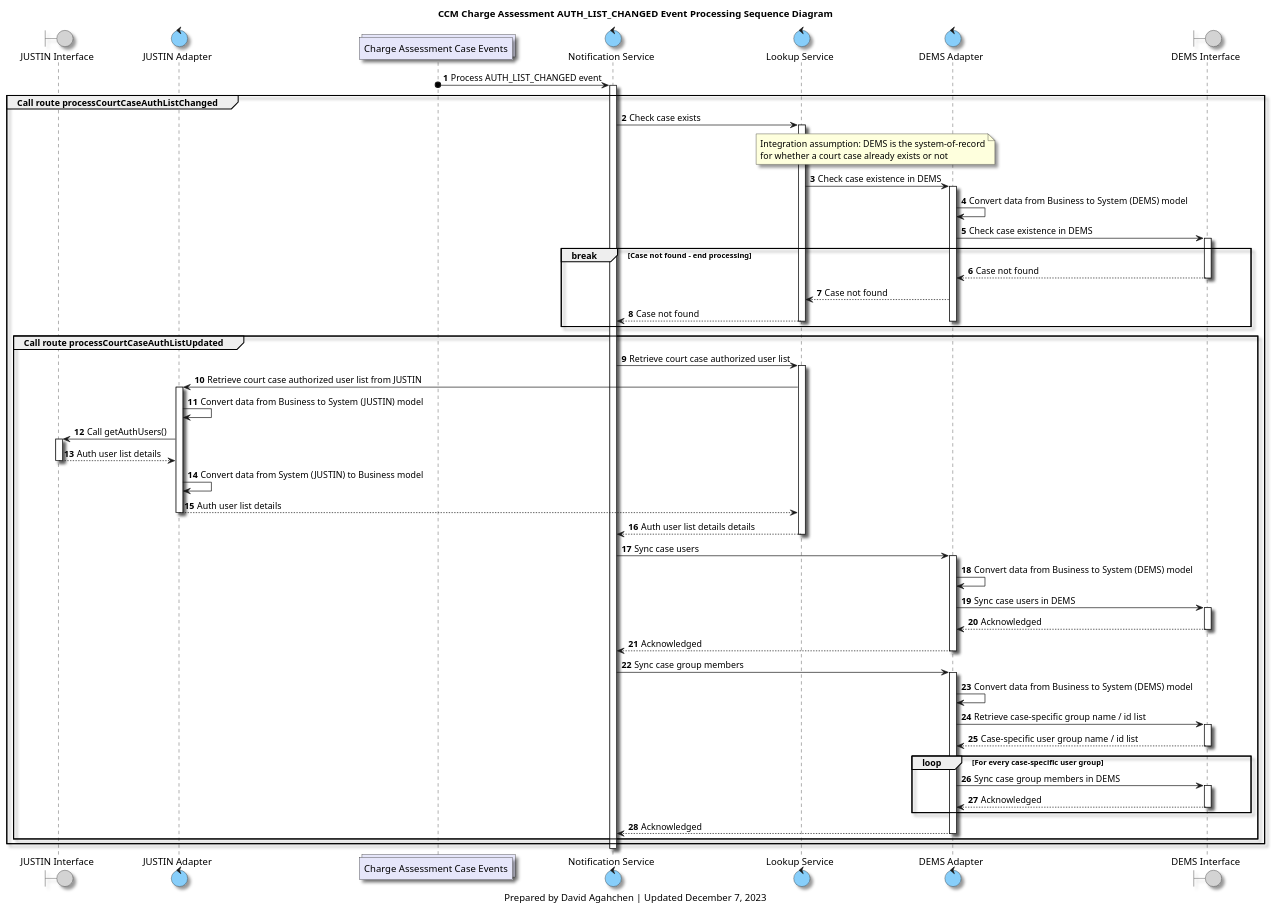
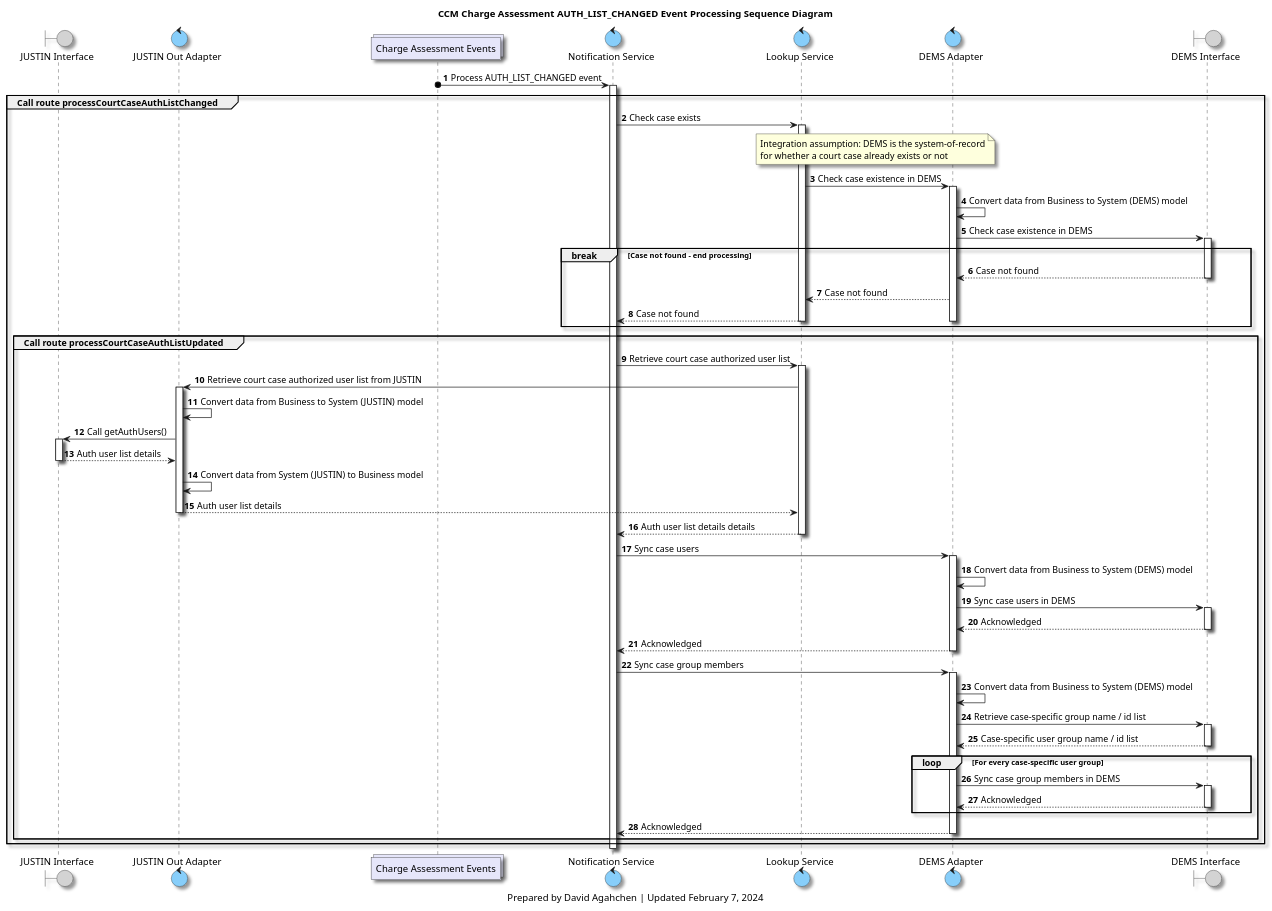
The diagram in diagrams/ccm_charge_assessment_case_auth_list_changed_processing_sequence_diagram.plantuml (bcgov/jpss-jade-ccm), drawn with PlantUML before and after one commit. The commit also changed 21 other files, not shown here.

Commit message:
Update processing sequence diagrams

```diff
--- a/diagrams/ccm_charge_assessment_case_auth_list_changed_processing_sequence_diagram.plantuml
+++ b/diagrams/ccm_charge_assessment_case_auth_list_changed_processing_sequence_diagram.plantuml
@@ -1,106 +1,106 @@
 @startuml
 'hide footbox
 
 skinparam Shadowing true
 skinparam CollectionsBackgroundColor Lavender
 skinparam ControlBackgroundColor LightSkyBlue
 skinparam BoundaryBackgroundColor LightGrey
 
 /' 
 Available colours
 https://plantuml-documentation.readthedocs.io/en/latest/formatting/color-names.html
 '/
 
 boundary j_interface as "JUSTIN Interface"
-control j_adapter as "JUSTIN Adapter"
-collections charge_assessment_cases_topic as "Charge Assessment Case Events"
+control j_adapter as "JUSTIN Out Adapter"
+collections charge_assessments_topic as "Charge Assessment Events"
 control notification_service as "Notification Service"
 control lookup_service as "Lookup Service"
 control d_adapter as "DEMS Adapter"
 boundary d_interface as "DEMS Interface"
 
 title
 CCM Charge Assessment AUTH_LIST_CHANGED Event Processing Sequence Diagram
 end title
 
 autonumber
 
-charge_assessment_cases_topic o-> notification_service : Process AUTH_LIST_CHANGED event
+charge_assessments_topic o-> notification_service : Process AUTH_LIST_CHANGED event
 activate notification_service
 
 group Call route processCourtCaseAuthListChanged
 
     notification_service -> lookup_service: Check case exists
     activate lookup_service
     note over lookup_service, d_adapter
     Integration assumption: DEMS is the system-of-record
     for whether a court case already exists or not
     end note
     lookup_service -> d_adapter: Check case existence in DEMS
     activate d_adapter
     d_adapter -> d_adapter: Convert data from Business to System (DEMS) model
     d_adapter -> d_interface: Check case existence in DEMS
     activate d_interface
 
     break Case not found - end processing
     d_interface --> d_adapter: Case not found
     deactivate d_interface
     d_adapter --> lookup_service: Case not found
     lookup_service --> notification_service: Case not found
     deactivate lookup_service
     deactivate d_adapter
     end break
 
     group Call route processCourtCaseAuthListUpdated
 
         notification_service -> lookup_service: Retrieve court case authorized user list
         activate lookup_service
         lookup_service -> j_adapter: Retrieve court case authorized user list from JUSTIN
 
         activate j_adapter
         j_adapter -> j_adapter: Convert data from Business to System (JUSTIN) model
         j_adapter -> j_interface: Call getAuthUsers()
         activate j_interface
         j_interface --> j_adapter: Auth user list details
         deactivate j_interface
         j_adapter -> j_adapter: Convert data from System (JUSTIN) to Business model
         j_adapter --> lookup_service: Auth user list details
         deactivate j_adapter
 
         lookup_service --> notification_service: Auth user list details details
         deactivate lookup_service
 
         notification_service -> d_adapter: Sync case users
         activate d_adapter
         d_adapter -> d_adapter: Convert data from Business to System (DEMS) model
         d_adapter -> d_interface: Sync case users in DEMS
         activate d_interface
         d_interface --> d_adapter: Acknowledged
         deactivate d_interface
         d_adapter --> notification_service: Acknowledged
         deactivate d_adapter
 
         notification_service -> d_adapter: Sync case group members
         activate d_adapter
         d_adapter -> d_adapter: Convert data from Business to System (DEMS) model
         d_adapter -> d_interface: Retrieve case-specific group name / id list
         activate d_interface
         d_interface --> d_adapter: Case-specific user group name / id list
         deactivate d_interface
         loop For every case-specific user group
             d_adapter -> d_interface: Sync case group members in DEMS
             activate d_interface
             d_interface --> d_adapter: Acknowledged
             deactivate d_interface
         end
         d_adapter --> notification_service: Acknowledged
         deactivate d_adapter
     end group
 end group
 
 deactivate notification_service
 
 caption
-Prepared by David Agahchen | Updated December 7, 2023
+Prepared by David Agahchen | Updated February 7, 2024
 end caption
 @enduml
```
